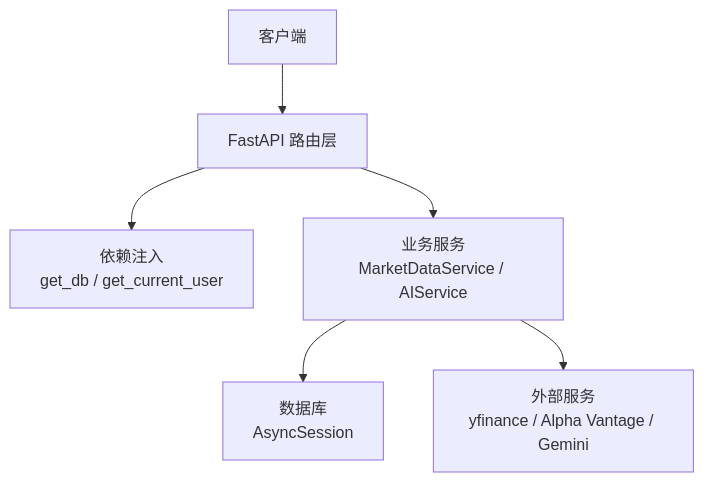
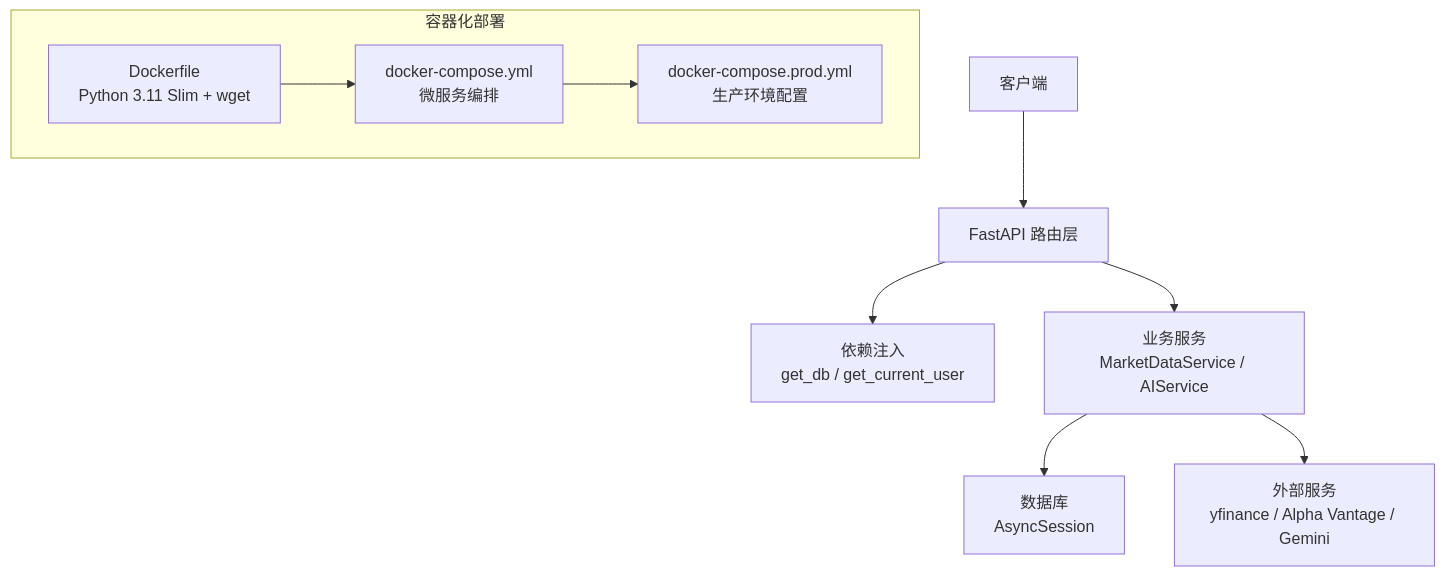
Before and after one commit to breeze-lyf/ai-stock-advisor: the second of 8 diagrams in .qoder/repowiki/zh/content/后端开发指南/后端开发指南.md, drawn with Mermaid. The commit also changed other lines of this file and 169 other files, not shown here.

````diff
--- a/.qoder/repowiki/zh/content/后端开发指南/后端开发指南.md
+++ b/.qoder/repowiki/zh/content/后端开发指南/后端开发指南.md
@@ -149,8 +165,15 @@
 ```mermaid
 graph TB
 Client["客户端"] --> API["FastAPI 路由层"]
 API --> Deps["依赖注入<br/>get_db / get_current_user"]
 API --> Service["业务服务<br/>MarketDataService / AIService"]
 Service --> DB["数据库<br/>AsyncSession"]
 Service --> Ext["外部服务<br/>yfinance / Alpha Vantage / Gemini"]
+subgraph "容器化部署"
+Docker["Dockerfile<br/>Python 3.11 Slim + wget"]
+Compose["docker-compose.yml<br/>微服务编排"]
+Prod["docker-compose.prod.yml<br/>生产环境配置"]
+Docker --> Compose
+Compose --> Prod
+end
 ```
````
